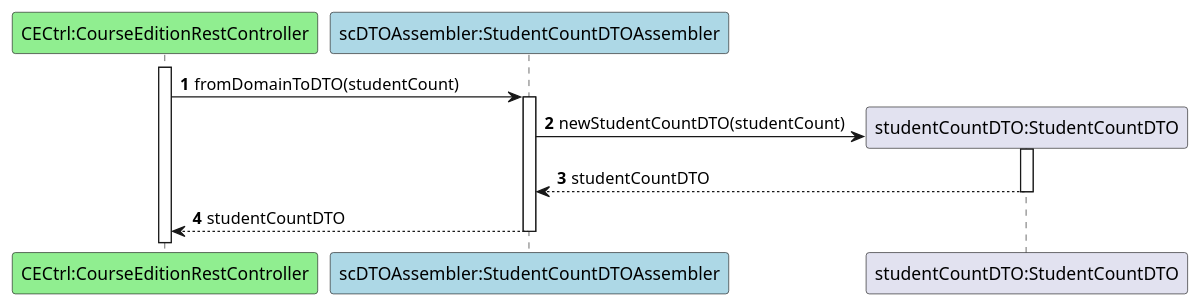
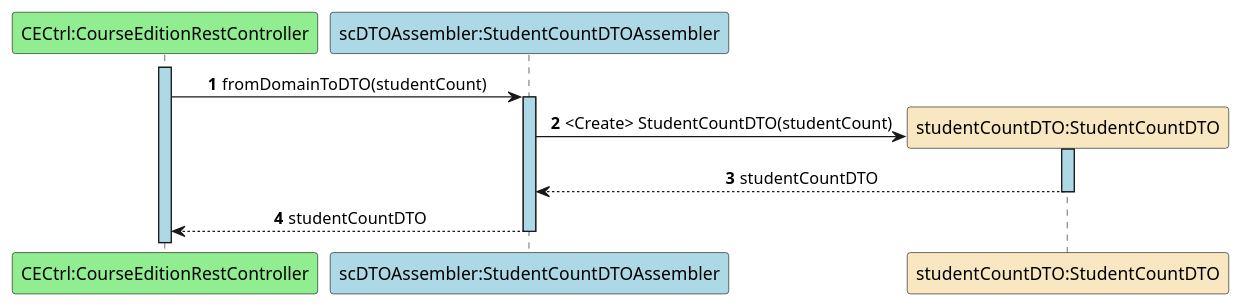
The diagram in docs/US36/ScenarioView/References/ConvertStudentCountToStudentCountDTO.puml (GasparISEP/DevOps-PAI), drawn with PlantUML before and after one commit. The commit also changed 9 other files, not shown here.

Commit message:
Refs #652, #658: Refactored all US36 diagrams visual aspect

```diff
--- a/docs/US36/ScenarioView/References/ConvertStudentCountToStudentCountDTO.puml
+++ b/docs/US36/ScenarioView/References/ConvertStudentCountToStudentCountDTO.puml
@@ -1,16 +1,18 @@
 @startuml
 
 autonumber
+skinparam sequenceMessageAlign center
+skinparam sequenceLifeLineBackgroundColor #lightblue
 
 participant "CECtrl:CourseEditionRestController" as ceC #lightgreen
 participant "scDTOAssembler:StudentCountDTOAssembler" as A #lightblue
-participant "studentCountDTO:StudentCountDTO" as DTO
+participant "studentCountDTO:StudentCountDTO" as DTO #strategy
 
 activate ceC
 ceC -> A ++: fromDomainToDTO(studentCount)
-A -> DTO**: newStudentCountDTO(studentCount)
+A -> DTO**: <Create> StudentCountDTO(studentCount)
 activate DTO
 DTO --> A--: studentCountDTO
 A --> ceC--: studentCountDTO
 
 @enduml
```
